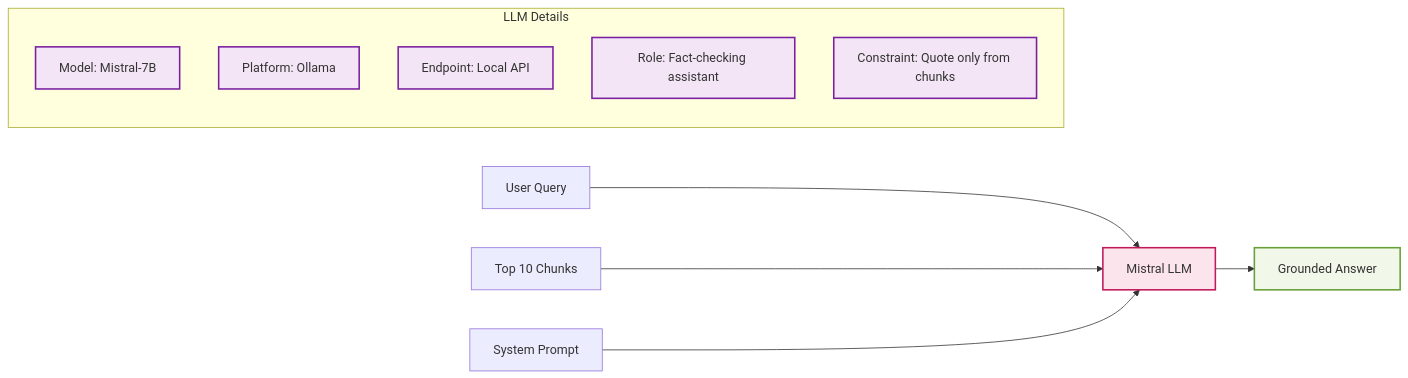
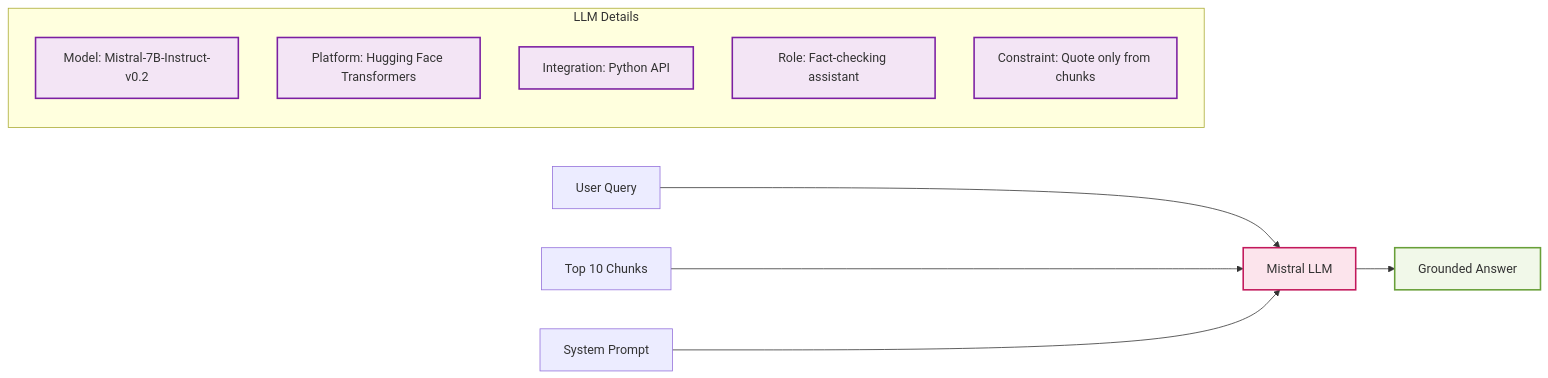
The fourth of 6 diagrams in documentation/model_architecture_diagrams.md (kevinmastascusa/scaffold_ai), drawn with Mermaid before and after one commit. The commit also changed other lines of this file and 25 other files, not shown here.

````diff
--- a/documentation/model_architecture_diagrams.md
+++ b/documentation/model_architecture_diagrams.md
@@ -118,23 +121,23 @@
 ```mermaid
 flowchart LR
     A[User Query] --> D[Mistral LLM]
     B[Top 10 Chunks] --> D
     C[System Prompt] --> D
     D --> E[Grounded Answer]
     
     subgraph "LLM Details"
-        F[Model: Mistral-7B]
-        G[Platform: Ollama]
-        H[Endpoint: Local API]
+        F[Model: Mistral-7B-Instruct-v0.2]
+        G[Platform: Hugging Face Transformers]
+        H[Integration: Python API]
         I[Role: Fact-checking assistant]
         J[Constraint: Quote only from chunks]
     end
     
     classDef llm fill:#fce4ec,stroke:#c2185b,stroke-width:2px
     classDef answer fill:#f1f8e9,stroke:#689f38,stroke-width:2px
     classDef details fill:#f3e5f5,stroke:#7b1fa2,stroke-width:2px
     
     class D llm
     class E answer
     class F,G,H,I,J details
 ```
````
